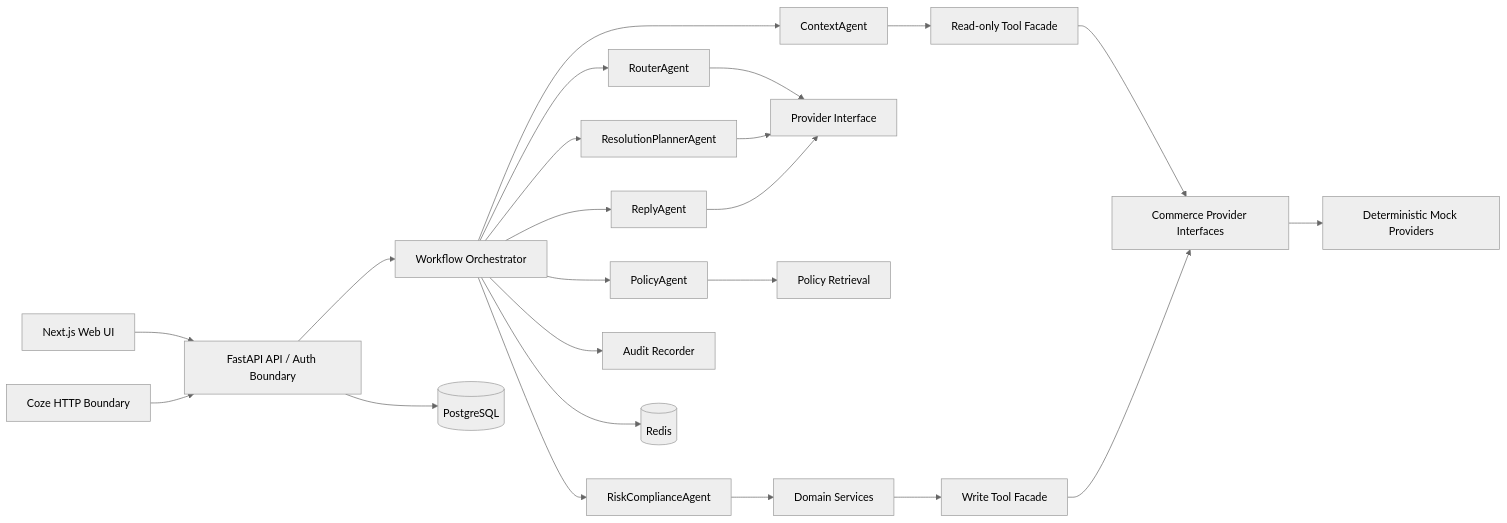
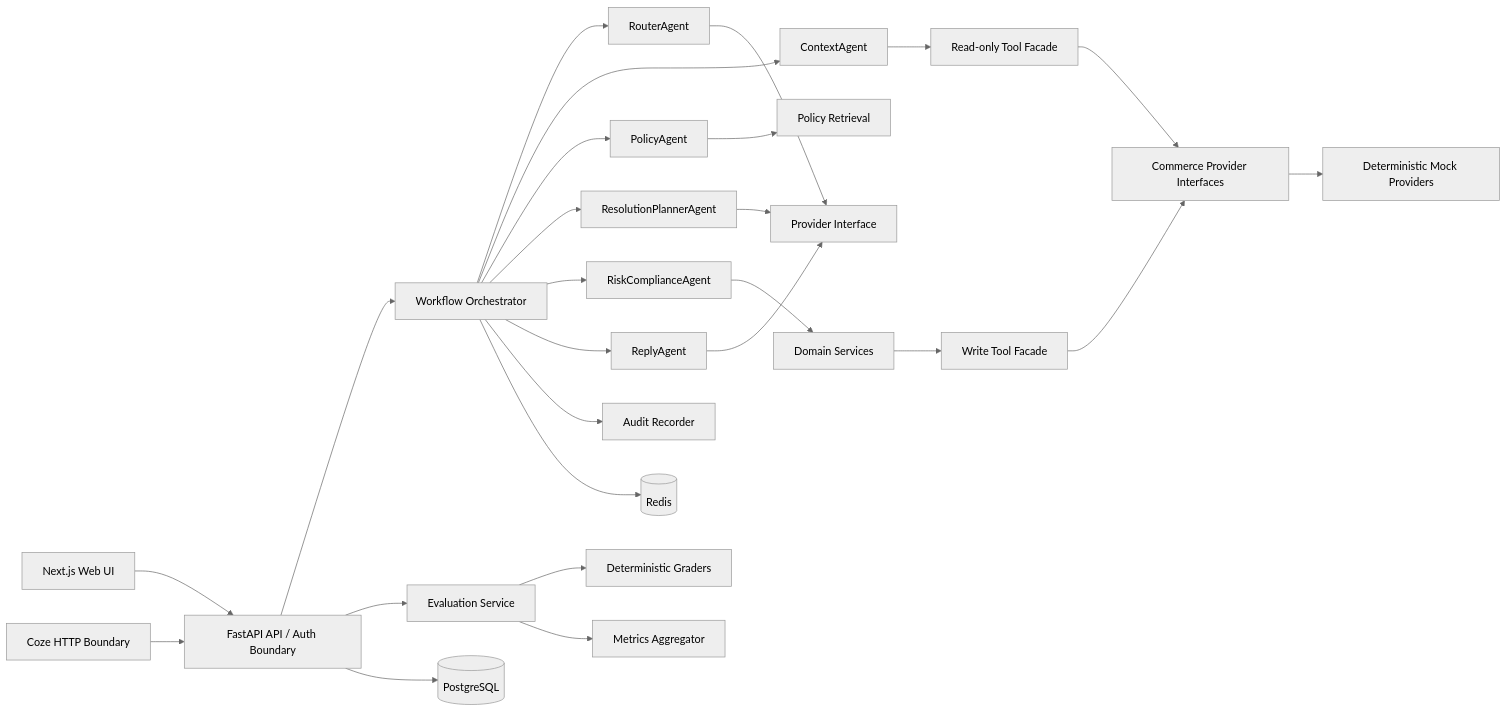
One commit to TiezhuGG/CommerceCare-Hub changed the first of 2 diagrams in docs/ARCHITECTURE.md. Above: the diagram before and after it, drawn with Mermaid (neutral theme). The commit also changed other lines of this file and 26 other files, not shown here.

````diff
--- a/docs/ARCHITECTURE.md
+++ b/docs/ARCHITECTURE.md
@@ -5,22 +5,25 @@
 ```mermaid
 flowchart LR
   UI[Next.js Web UI] --> API[FastAPI API / Auth Boundary]
   Coze[Coze HTTP Boundary] --> API
   API --> WF[Workflow Orchestrator]
   WF --> RA[RouterAgent]
   WF --> CA[ContextAgent]
   WF --> PA[PolicyAgent]
   WF --> RP[ResolutionPlannerAgent]
   WF --> RC[RiskComplianceAgent]
   WF --> RE[ReplyAgent]
   RA & RP & RE --> LLM[Provider Interface]
   CA --> RT[Read-only Tool Facade]
   PA --> KB[Policy Retrieval]
   RC --> DS[Domain Services]
   DS --> WT[Write Tool Facade]
   WF --> AUD[Audit Recorder]
+  API --> EV[Evaluation Service]
+  EV --> GR[Deterministic Graders]
+  EV --> MET[Metrics Aggregator]
   API --> PG[(PostgreSQL)]
   WF --> Redis[(Redis)]
   RT & WT --> Providers[Commerce Provider Interfaces]
   Providers --> Mock[Deterministic Mock Providers]
 ```
````
